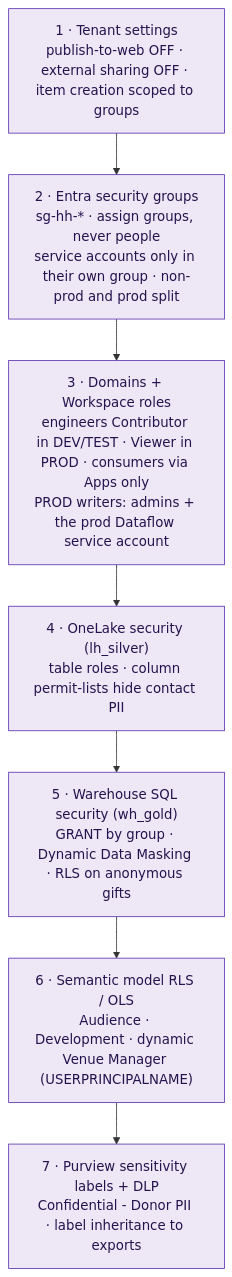
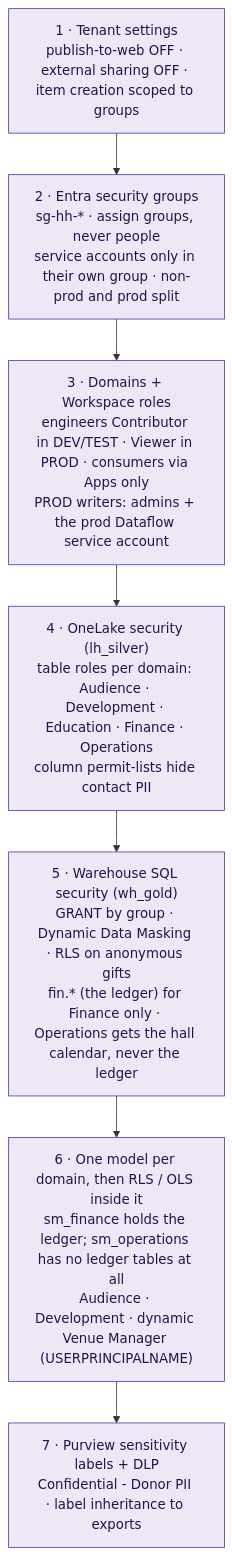
Before and after one commit to musatouray/performing-arts-audience-development-platform: the diagram in docs/diagrams/src/04-security-layers.mmd, drawn with Mermaid. The commit also changed 52 other files, not shown here.

Commit message:
MIP, Diese, Finance and OPerations spokes

```diff
--- a/docs/diagrams/src/04-security-layers.mmd
+++ b/docs/diagrams/src/04-security-layers.mmd
@@ -1,11 +1,11 @@
 %% Defence in depth: who is protected where
 flowchart TB
   classDef l fill:#EDE7F6,stroke:#5E35B1,color:#26134D
   L1["1 · Tenant settings<br/>publish-to-web OFF · external sharing OFF · item creation scoped to groups"]:::l
   L2["2 · Entra security groups<br/>sg-hh-* · assign groups, never people<br/>service accounts only in their own group · non-prod and prod split"]:::l
   L3["3 · Domains + Workspace roles<br/>engineers Contributor in DEV/TEST · Viewer in PROD · consumers via Apps only<br/>PROD writers: admins + the prod Dataflow service account"]:::l
-  L4["4 · OneLake security (lh_silver)<br/>table roles · column permit-lists hide contact PII"]:::l
-  L5["5 · Warehouse SQL security (wh_gold)<br/>GRANT by group · Dynamic Data Masking · RLS on anonymous gifts"]:::l
-  L6["6 · Semantic model RLS / OLS<br/>Audience · Development · dynamic Venue Manager (USERPRINCIPALNAME)"]:::l
+  L4["4 · OneLake security (lh_silver)<br/>table roles per domain: Audience · Development · Education · Finance · Operations<br/>column permit-lists hide contact PII"]:::l
+  L5["5 · Warehouse SQL security (wh_gold)<br/>GRANT by group · Dynamic Data Masking · RLS on anonymous gifts<br/>fin.* (the ledger) for Finance only · Operations gets the hall calendar, never the ledger"]:::l
+  L6["6 · One model per domain, then RLS / OLS inside it<br/>sm_finance holds the ledger; sm_operations has no ledger tables at all<br/>Audience · Development · dynamic Venue Manager (USERPRINCIPALNAME)"]:::l
   L7["7 · Purview sensitivity labels + DLP<br/>Confidential - Donor PII · label inheritance to exports"]:::l
   L1 --> L2 --> L3 --> L4 --> L5 --> L6 --> L7
```
